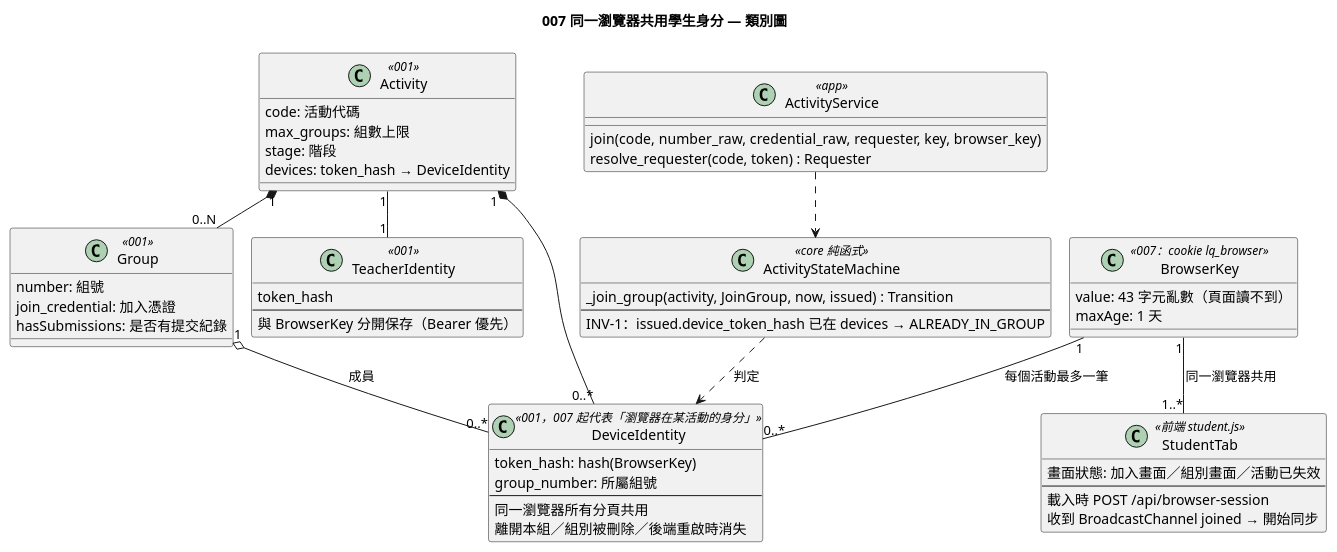
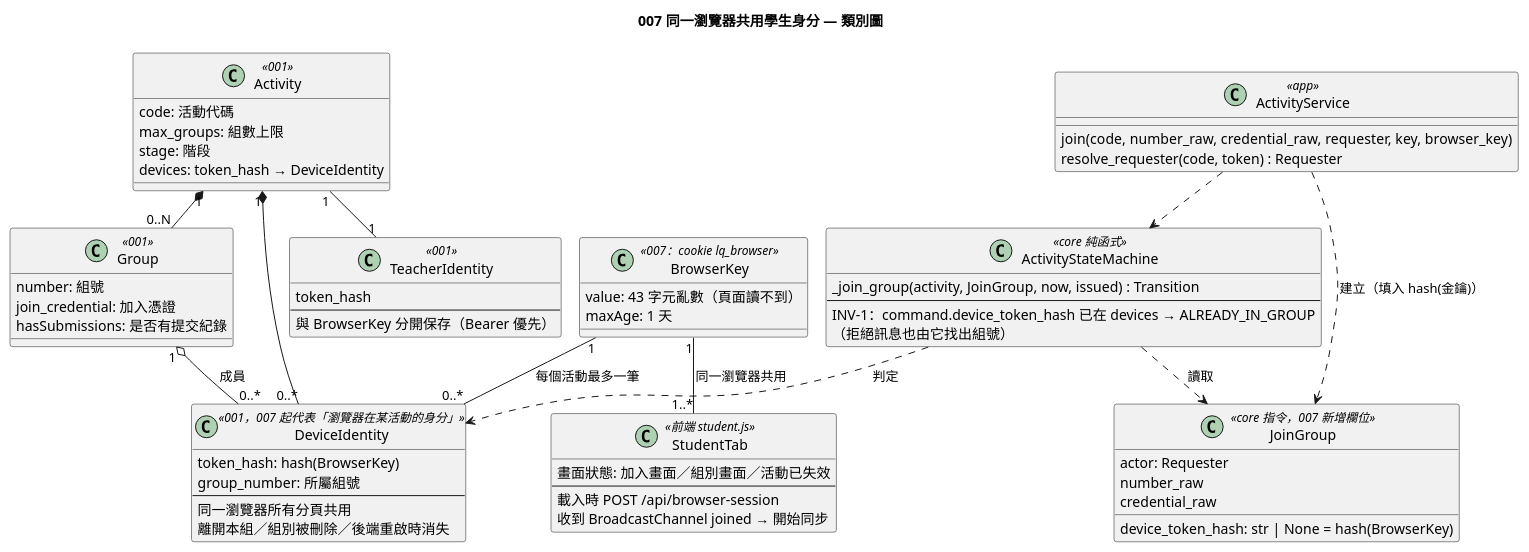
The diagram in diagrams/007-browser-identity-sync-class.puml (EricC430/lecture-answer-first_group16_speckit), drawn with PlantUML before and after one commit. The commit also changed 9 other files, not shown here.

First line of the commit message:
docs: 依 /speckit-analyze 修正 007 的 spec、plan、tasks 與圖表

```diff
--- a/diagrams/007-browser-identity-sync-class.puml
+++ b/diagrams/007-browser-identity-sync-class.puml
@@ -1,64 +1,74 @@
 @startuml 007-browser-identity-sync-class
 !pragma layout smetana
 skinparam defaultFontName "Microsoft JhengHei"
 title 007 同一瀏覽器共用學生身分 — 類別圖
 
 class Activity <<001>> {
   code: 活動代碼
   max_groups: 組數上限
   stage: 階段
   devices: token_hash → DeviceIdentity
 }
 
 class Group <<001>> {
   number: 組號
   join_credential: 加入憑證
   hasSubmissions: 是否有提交紀錄
 }
 
 class BrowserKey <<007：cookie lq_browser>> {
   value: 43 字元亂數（頁面讀不到）
   maxAge: 1 天
 }
 
 class DeviceIdentity <<001，007 起代表「瀏覽器在某活動的身分」>> {
   token_hash: hash(BrowserKey)
   group_number: 所屬組號
   --
   同一瀏覽器所有分頁共用
   離開本組／組別被刪除／後端重啟時消失
 }
 
 class TeacherIdentity <<001>> {
   token_hash
   --
   與 BrowserKey 分開保存（Bearer 優先）
 }
 
 class ActivityStateMachine <<core 純函式>> {
   _join_group(activity, JoinGroup, now, issued) : Transition
   --
-  INV-1：issued.device_token_hash 已在 devices → ALREADY_IN_GROUP
+  INV-1：command.device_token_hash 已在 devices → ALREADY_IN_GROUP
+  （拒絕訊息也由它找出組號）
+}
+
+class JoinGroup <<core 指令，007 新增欄位>> {
+  actor: Requester
+  number_raw
+  credential_raw
+  device_token_hash: str | None = hash(BrowserKey)
 }
 
 class ActivityService <<app>> {
   join(code, number_raw, credential_raw, requester, key, browser_key)
   resolve_requester(code, token) : Requester
 }
 
 class StudentTab <<前端 student.js>> {
   畫面狀態: 加入畫面／組別畫面／活動已失效
   --
   載入時 POST /api/browser-session
   收到 BroadcastChannel joined → 開始同步
 }
 
 Activity "1" *-- "0..N" Group
 Activity "1" *-- "0..*" DeviceIdentity
 Group "1" o-- "0..*" DeviceIdentity : 成員
 Activity "1" -- "1" TeacherIdentity
 BrowserKey "1" -- "0..*" DeviceIdentity : 每個活動最多一筆
 BrowserKey "1" -- "1..*" StudentTab : 同一瀏覽器共用
+ActivityService ..> JoinGroup : 建立（填入 hash(金鑰)）
+ActivityStateMachine ..> JoinGroup : 讀取
 ActivityService ..> ActivityStateMachine
 ActivityStateMachine ..> DeviceIdentity : 判定
 @enduml
```
